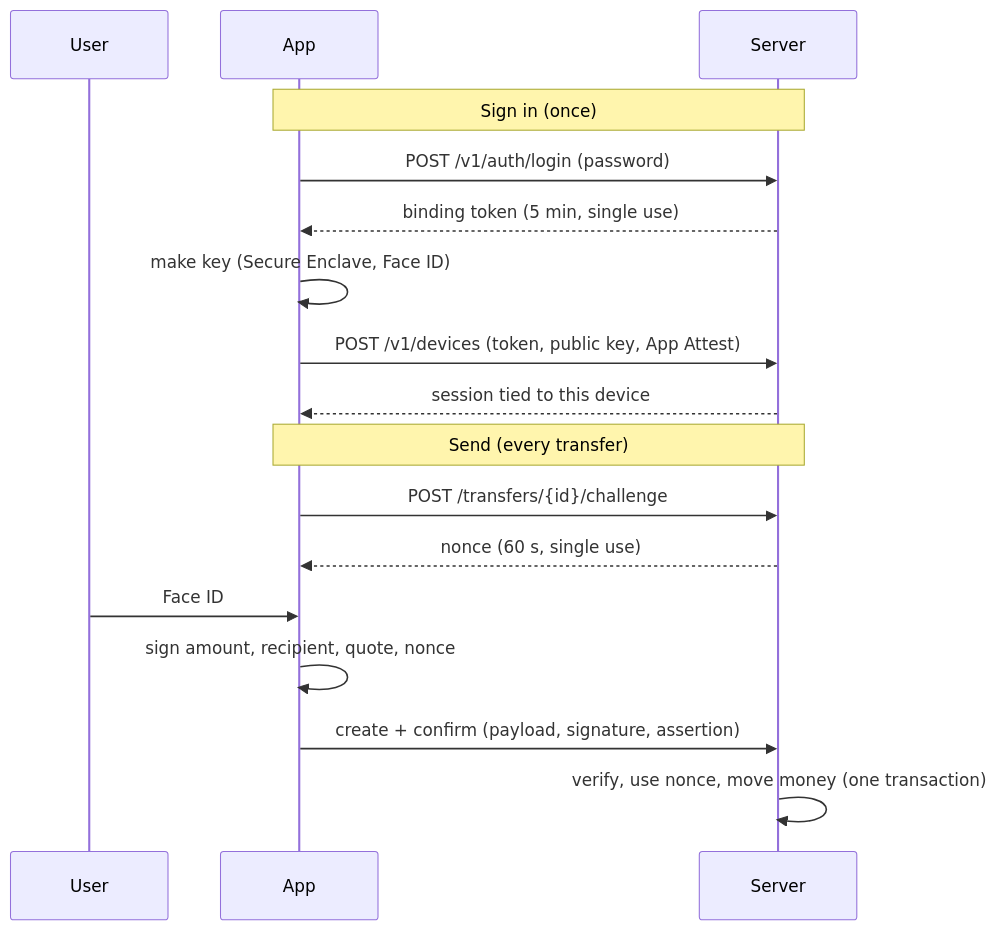
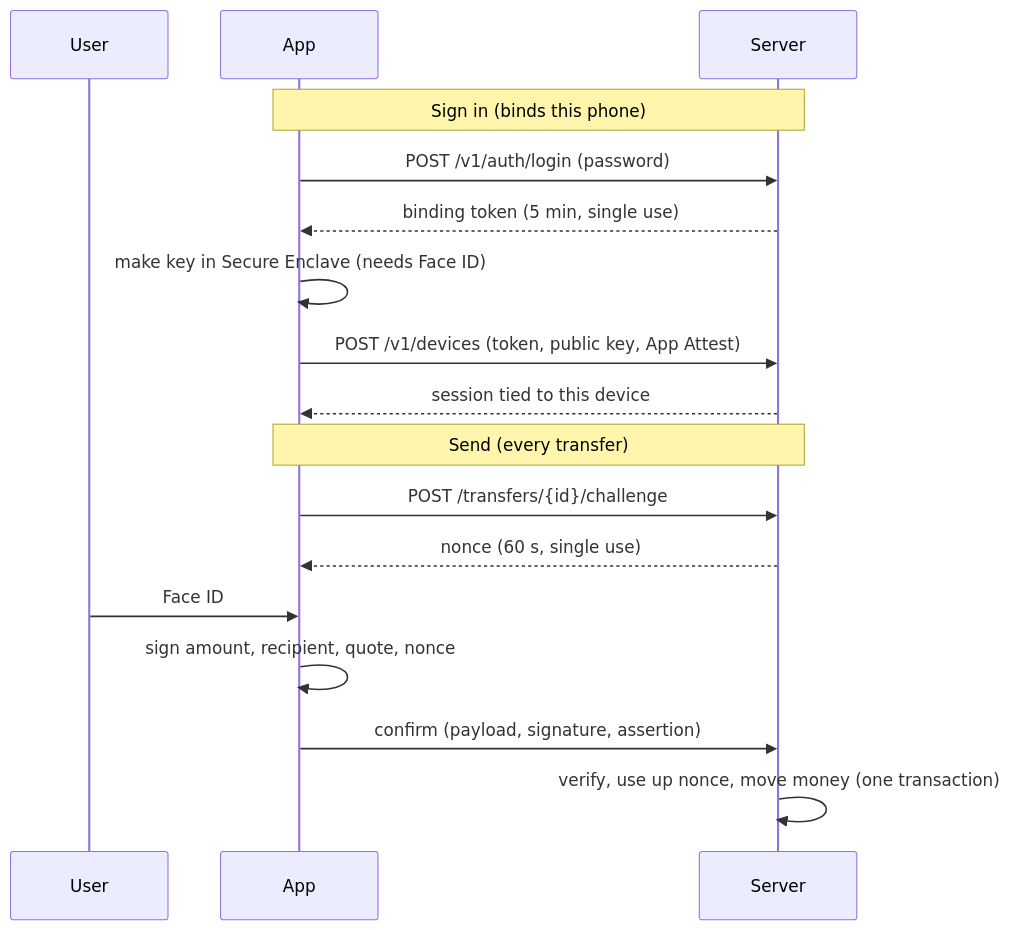
Before and after one commit to jowong123/BankingAppSwiftUI: the third of 3 diagrams in README.md, drawn with Mermaid. The commit also changed other lines of this file, not shown here.

````diff
--- a/README.md
+++ b/README.md
@@ -291,19 +152,19 @@
 ```mermaid
 sequenceDiagram
     participant U as User
     participant A as App
     participant S as Server
-    Note over A,S: Sign in (once)
+    Note over A,S: Sign in (binds this phone)
     A->>S: POST /v1/auth/login (password)
     S-->>A: binding token (5 min, single use)
-    A->>A: make key (Secure Enclave, Face ID)
+    A->>A: make key in Secure Enclave (needs Face ID)
     A->>S: POST /v1/devices (token, public key, App Attest)
     S-->>A: session tied to this device
     Note over A,S: Send (every transfer)
     A->>S: POST /transfers/{id}/challenge
     S-->>A: nonce (60 s, single use)
     U->>A: Face ID
     A->>A: sign amount, recipient, quote, nonce
-    A->>S: create + confirm (payload, signature, assertion)
-    S->>S: verify, use nonce, move money (one transaction)
+    A->>S: confirm (payload, signature, assertion)
+    S->>S: verify, use up nonce, move money (one transaction)
 ```
````
